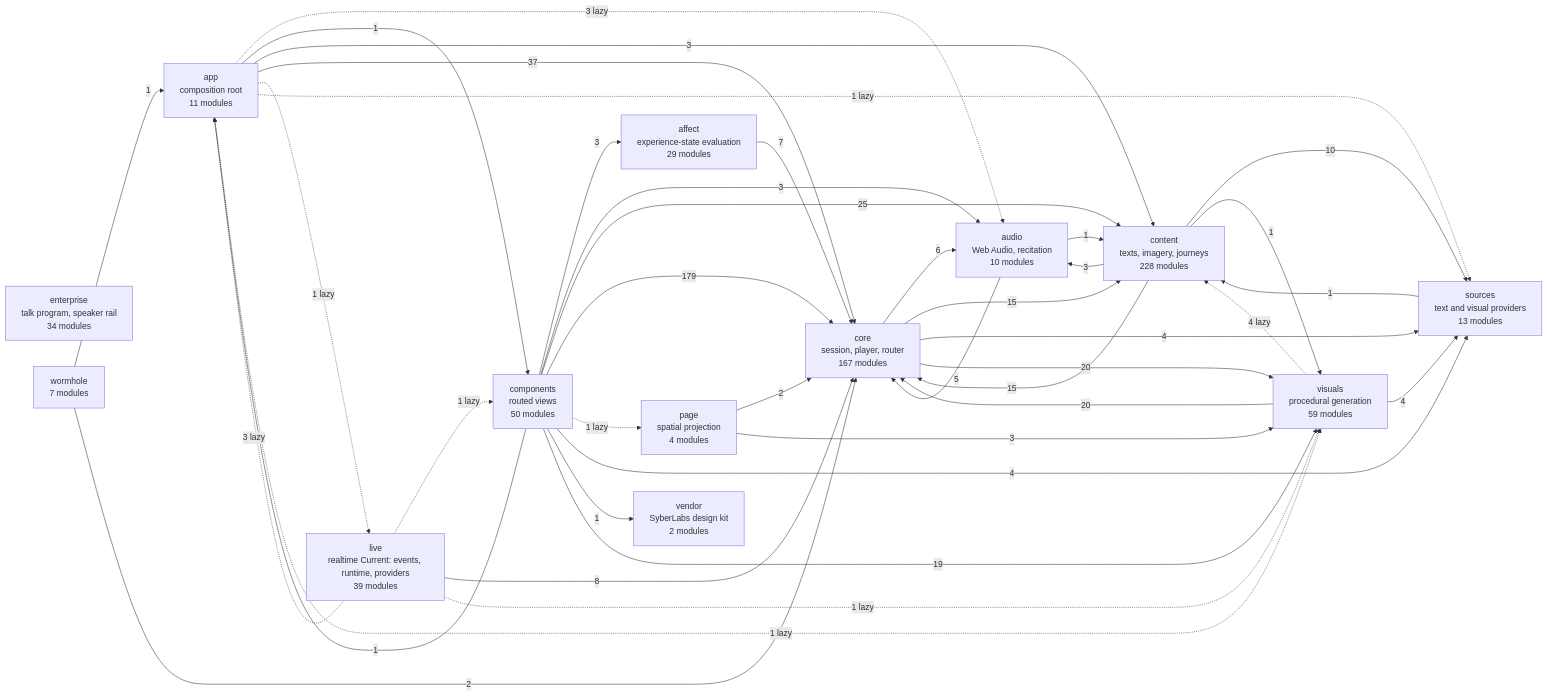
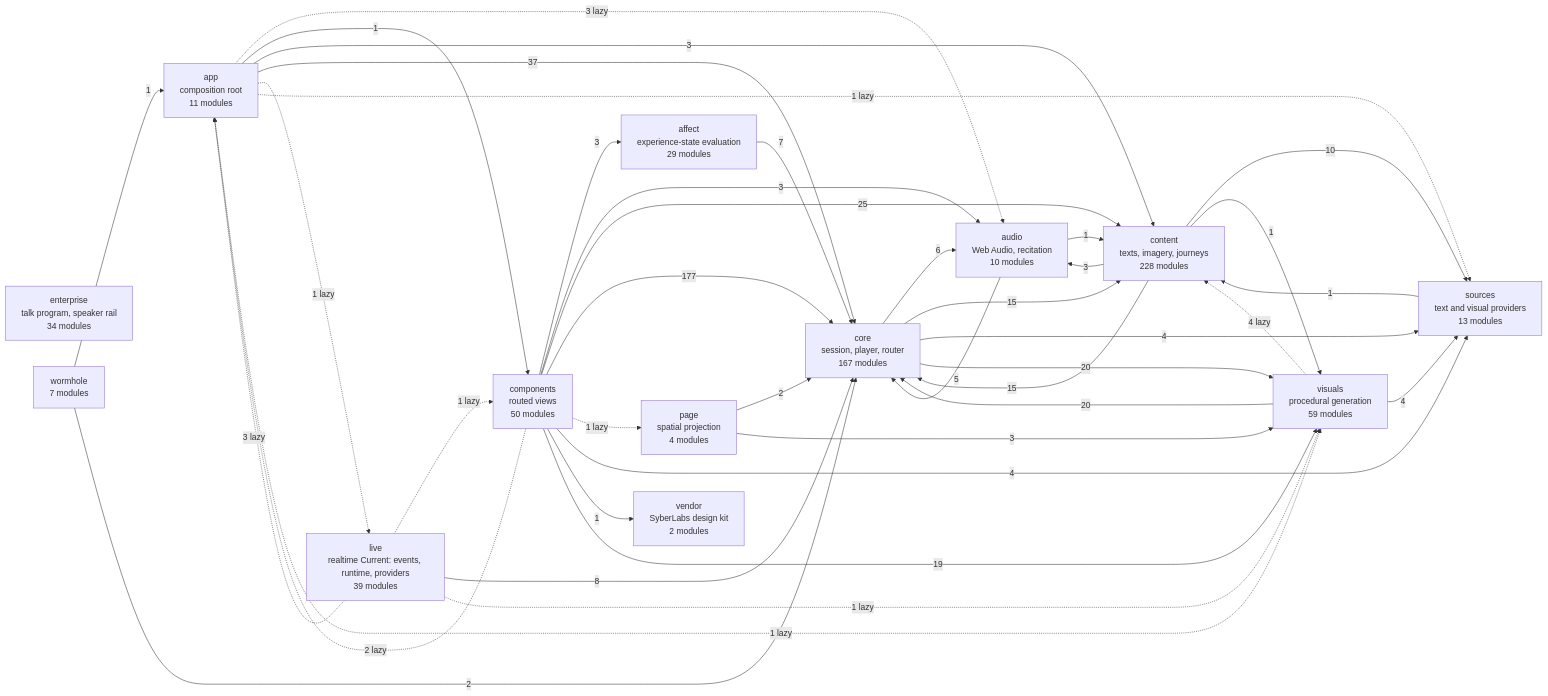
One commit to SyberLabs/RISE changed the diagram in docs/specs/ARCHITECTURE.md. Above: the diagram before and after it, drawn with Mermaid. The commit also changed 20 other files, not shown here.

````diff
--- a/docs/specs/ARCHITECTURE.md
+++ b/docs/specs/ARCHITECTURE.md
@@ -160,56 +160,56 @@
 ```mermaid
 flowchart LR
     affect["affect<br/>experience-state evaluation<br/>29 modules"]
     app["app<br/>composition root<br/>11 modules"]
     audio["audio<br/>Web Audio, recitation<br/>10 modules"]
     components["components<br/>routed views<br/>50 modules"]
     content["content<br/>texts, imagery, journeys<br/>228 modules"]
     core["core<br/>session, player, router<br/>167 modules"]
     enterprise["enterprise<br/>talk program, speaker rail<br/>34 modules"]
     live["live<br/>realtime Current: events, runtime, providers<br/>39 modules"]
     page["page<br/>spatial projection<br/>4 modules"]
     sources["sources<br/>text and visual providers<br/>13 modules"]
     vendor["vendor<br/>SyberLabs design kit<br/>2 modules"]
     visuals["visuals<br/>procedural generation<br/>59 modules"]
     wormhole["wormhole<br/>7 modules"]
 
     affect --> |7| core
     app -.-> |3 lazy| audio
     app --> |1| components
     app --> |3| content
     app --> |37| core
     app -.-> |1 lazy| live
     app -.-> |1 lazy| sources
     app -.-> |1 lazy| visuals
     audio --> |1| content
     audio --> |5| core
     components --> |3| affect
-    components --> |1| app
+    components -.-> |2 lazy| app
     components --> |3| audio
     components --> |25| content
-    components --> |179| core
+    components --> |177| core
     components -.-> |1 lazy| page
     components --> |4| sources
     components --> |1| vendor
     components --> |19| visuals
     content --> |3| audio
     content --> |15| core
     content --> |10| sources
     content --> |1| visuals
     core --> |6| audio
     core --> |15| content
     core --> |4| sources
     core --> |20| visuals
     live -.-> |3 lazy| app
     live -.-> |1 lazy| components
     live --> |8| core
     live -.-> |1 lazy| visuals
     page --> |2| core
     page --> |3| visuals
     sources --> |1| content
     visuals -.-> |4 lazy| content
     visuals --> |20| core
     visuals --> |4| sources
     wormhole --> |1| app
     wormhole --> |2| core
 ```
````
